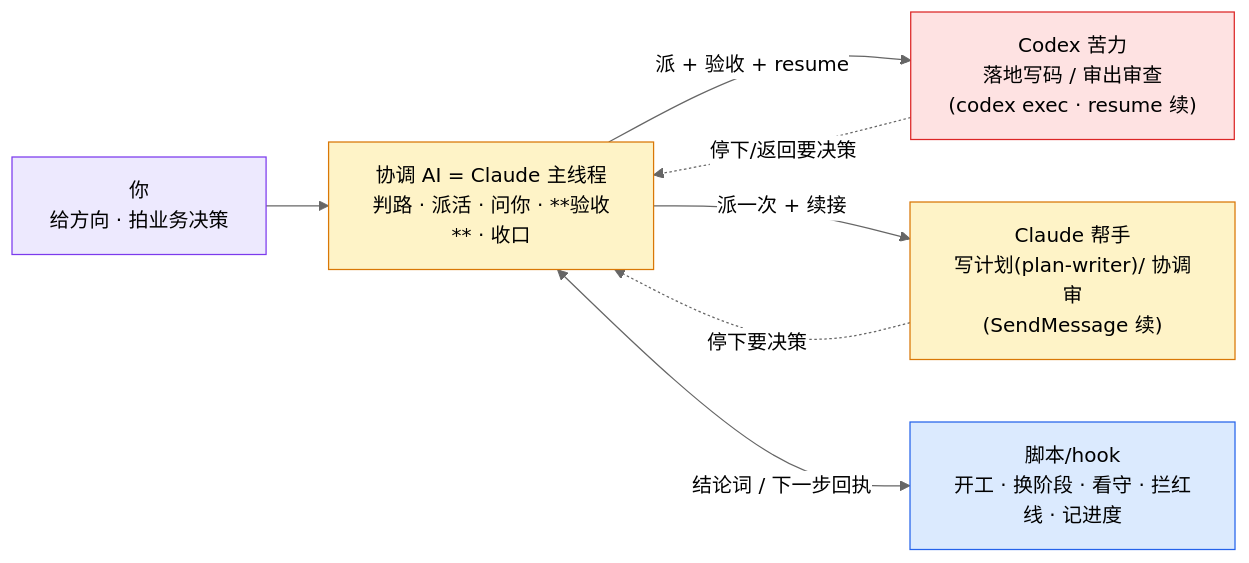
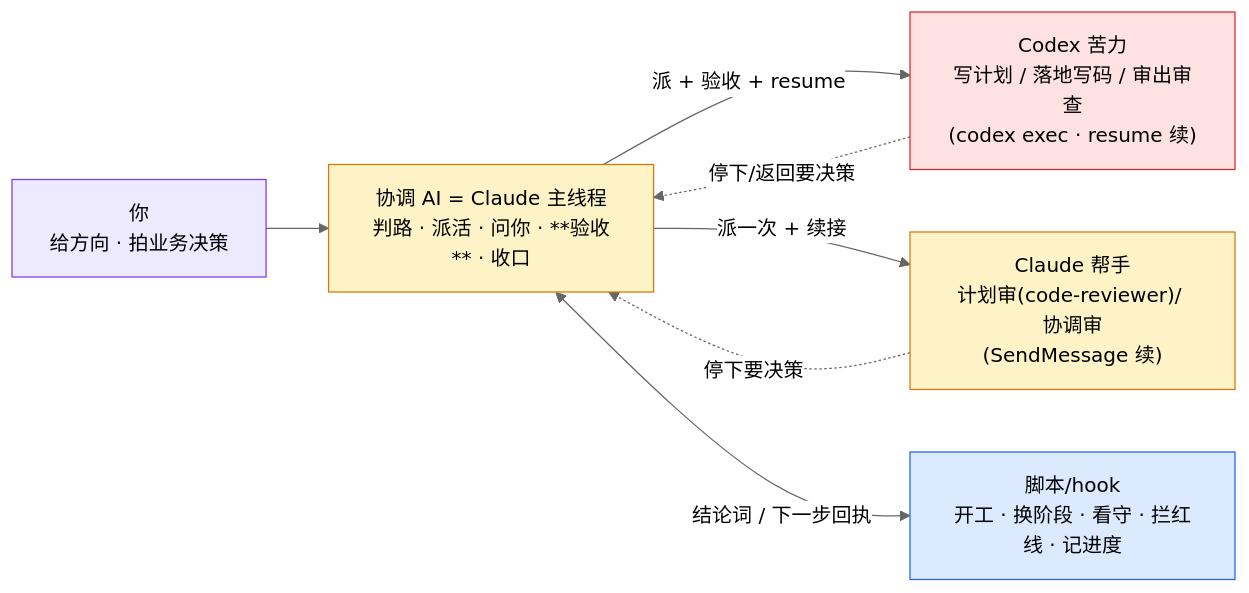
The sixth of 10 diagrams in docs/plugin/OVERVIEW.md (chancheuklap/multi-model-workflow), drawn with Mermaid (neutral theme) before and after one commit. The commit also changed other lines of this file and 26 other files, not shown here.

First line of the commit message:
feat(plan): 计划撰写下放 Codex + 计划审翻 Claude + v6.10.0

````diff
--- a/docs/plugin/OVERVIEW.md
+++ b/docs/plugin/OVERVIEW.md
@@ -298,20 +298,20 @@
 ```mermaid
 flowchart LR
     U["你<br/>给方向 · 拍业务决策"]:::p
     C["协调 AI = Claude 主线程<br/>判路 · 派活 · 问你 · **验收** · 收口"]:::ai
-    X["Codex 苦力<br/>落地写码 / 审出审查<br/>(codex exec · resume 续)"]:::cx
-    W["Claude 帮手<br/>写计划(plan-writer)/ 协调审<br/>(SendMessage 续)"]:::ai
+    X["Codex 苦力<br/>写计划 / 落地写码 / 审出审查<br/>(codex exec · resume 续)"]:::cx
+    W["Claude 帮手<br/>计划审(code-reviewer)/ 协调审<br/>(SendMessage 续)"]:::ai
     K["脚本/hook<br/>开工 · 换阶段 · 看守 · 拦红线 · 记进度"]:::sh
 
     U --> C
     C -->|"派 + 验收 + resume"| X
     C -->|"派一次 + 续接"| W
     X -.->|"停下/返回要决策"| C
     W -.->|"停下要决策"| C
     C <-->|"结论词 / 下一步回执"| K
 
     classDef p fill:#ede9fe,stroke:#7c3aed
     classDef ai fill:#fef3c7,stroke:#d97706
     classDef cx fill:#fee2e2,stroke:#dc2626
     classDef sh fill:#dbeafe,stroke:#2563eb
 ```
````
